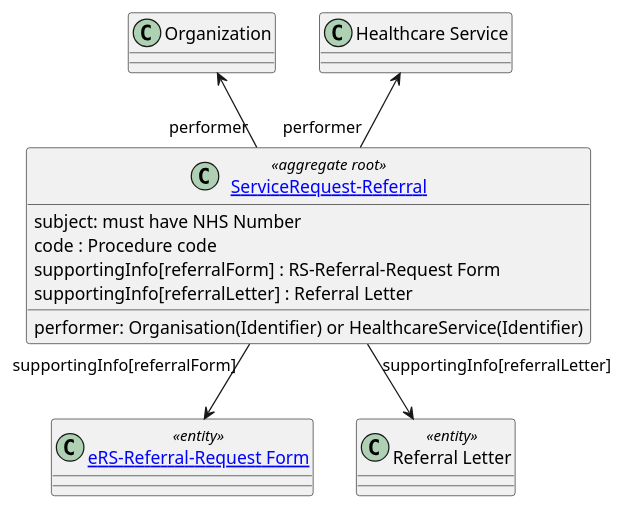
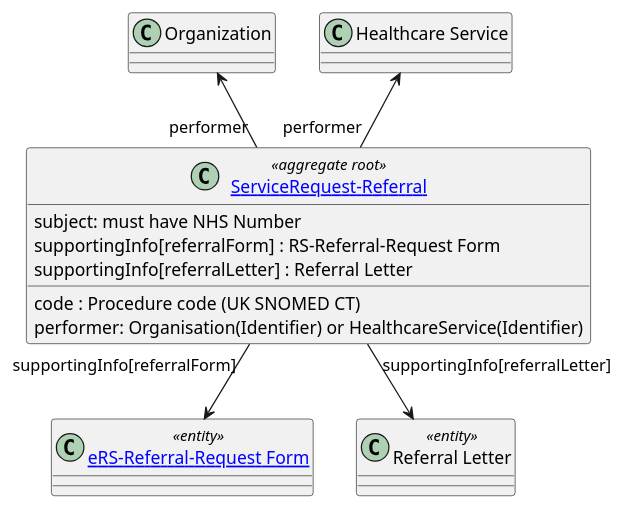
The diagram in input/images-source/referral-model.plantuml (KevinMayfield/VirtuallyHealthcare), drawn with PlantUML before and after one commit.

Commit message:
Refactor of ers questionnaire

```diff
--- a/input/images-source/referral-model.plantuml
+++ b/input/images-source/referral-model.plantuml
@@ -1,28 +1,28 @@
 @startuml
 
 
 class "[[StructureDefinition-ServiceRequest-Referral.html ServiceRequest-Referral]]" as ServiceRequest <<aggregate root>> {
 subject: must have NHS Number
-code : Procedure code
+code : Procedure code (UK SNOMED CT)
 supportingInfo[referralForm] : RS-Referral-Request Form
 supportingInfo[referralLetter] : Referral Letter
 performer: Organisation(Identifier) or HealthcareService(Identifier)
 }
 
 class "[[Questionnaire-eRS-Referral-Request.html eRS-Referral-Request Form]]" as form <<entity>> {
 }
 
 class "Referral Letter" as Composition <<entity>> {
 }
 
 class "Healthcare Service" as service
 
 class Organization {
 }
 
 ServiceRequest "supportingInfo[referralForm]" --> form
 ServiceRequest "supportingInfo[referralLetter]" --> Composition
 ServiceRequest "performer" -u-> service
 ServiceRequest "performer" -u-> Organization
 
 @enduml
```
